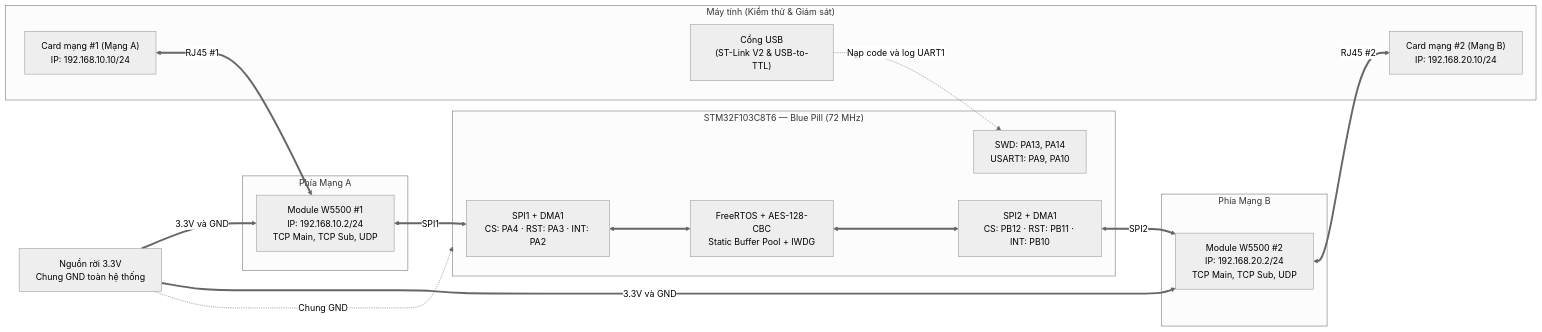
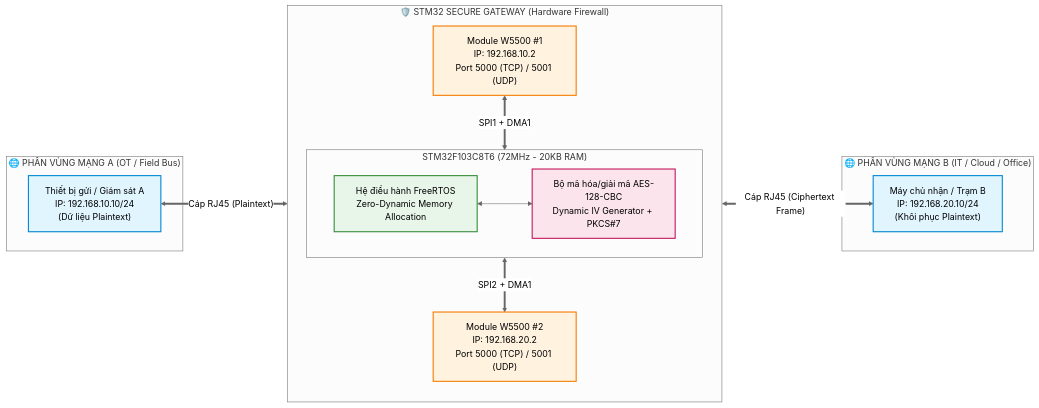
Before and after one commit to imryux/Secure_Gateway_AES128_STM32: the first of 4 diagrams in README.md, drawn with Mermaid (neutral theme). The commit also changed other lines of this file, not shown here.

Commit message:
docs: redesign README with comprehensive system block diagrams and architecture

````diff
--- a/README.md
+++ b/README.md
@@ -3,37 +52,36 @@
 ```mermaid
-graph LR
-    subgraph PC["Máy tính (Kiểm thử & Giám sát)"]
-        NIC_A["Card mạng #1 (Mạng A)<br/>IP: 192.168.10.10/24"]
-        NIC_B["Card mạng #2 (Mạng B)<br/>IP: 192.168.20.10/24"]
-        USB_DBG["Cổng USB<br/>(ST-Link V2 & USB-to-TTL)"]
+flowchart LR
+    classDef net fill:#e1f5fe,stroke:#0288d1,stroke-width:2px;
+    classDef gw fill:#fff3e0,stroke:#f57c00,stroke-width:2px;
+    classDef mcu fill:#e8f5e9,stroke:#388e3c,stroke-width:2px;
+    classDef sec fill:#fce4ec,stroke:#c2185b,stroke-width:2px;
+
+    subgraph NET_A["🌐 PHÂN VÙNG MẠNG A (OT / Field Bus)"]
+        CLIENT_A["Thiết bị gửi / Giám sát A<br/>IP: 192.168.10.10/24<br/>(Dữ liệu Plaintext)"]
     end
 
-    subgraph HW_NET_A["Phía Mạng A"]
-        W5500_A["Module W5500 #1<br/>IP: 192.168.10.2/24<br/>TCP Main, TCP Sub, UDP"]
+    subgraph GATEWAY["🛡️ STM32 SECURE GATEWAY (Hardware Firewall)"]
+        direction TB
+        W5500_1["Module W5500 #1<br/>IP: 192.168.10.2<br/>Port 5000 (TCP) / 5001 (UDP)"]:::gw
+        
+        subgraph STM32_CORE["STM32F103C8T6 (72MHz - 20KB RAM)"]
+            RTOS["Hệ điều hành FreeRTOS<br/>Zero-Dynamic Memory Allocation"]:::mcu
+            CRYPTO["Bộ mã hóa/giải mã AES-128-CBC<br/>Dynamic IV Generator + PKCS#7"]:::sec
+            RTOS <--> CRYPTO
+        end
+
+        W5500_2["Module W5500 #2<br/>IP: 192.168.20.2<br/>Port 5000 (TCP) / 5001 (UDP)"]:::gw
+
+        W5500_1 <==>|SPI1 + DMA1| STM32_CORE
+        STM32_CORE <==>|SPI2 + DMA1| W5500_2
     end
 
-    subgraph MCU["STM32F103C8T6 — Blue Pill (72 MHz)"]
-        SPI1_BUS["SPI1 + DMA1<br/>CS: PA4 · RST: PA3 · INT: PA2"]
-        CORE["FreeRTOS + AES-128-CBC<br/>Static Buffer Pool + IWDG"]
-        SPI2_BUS["SPI2 + DMA1<br/>CS: PB12 · RST: PB11 · INT: PB10"]
-        SWD_UART["SWD: PA13, PA14<br/>USART1: PA9, PA10"]
+    subgraph NET_B["🌐 PHÂN VÙNG MẠNG B (IT / Cloud / Office)"]
+        CLIENT_B["Máy chủ nhận / Trạm B<br/>IP: 192.168.20.10/24<br/>(Khôi phục Plaintext)"]
     end
 
-    subgraph HW_NET_B["Phía Mạng B"]
-        W5500_B["Module W5500 #2<br/>IP: 192.168.20.2/24<br/>TCP Main, TCP Sub, UDP"]
-    end
+    CLIENT_A <==>|"Cáp RJ45 (Plaintext)"| W5500_1
+    W5500_2 <==>|"Cáp RJ45 (Ciphertext Frame)"| CLIENT_B
 
-    PWR["Nguồn rời 3.3V<br/>Chung GND toàn hệ thống"]
-
-    NIC_A <==>|RJ45 #1| W5500_A
-    W5500_A <==>|SPI1| SPI1_BUS
-    SPI1_BUS <==> CORE
-    CORE <==> SPI2_BUS
-    SPI2_BUS <==>|SPI2| W5500_B
-    W5500_B <==>|RJ45 #2| NIC_B
-
-    USB_DBG -.->|Nạp code và log UART1| SWD_UART
-    PWR ==>|3.3V và GND| W5500_A
-    PWR ==>|3.3V và GND| W5500_B
-    PWR -.->|Chung GND| MCU
+    class CLIENT_A,CLIENT_B net;
 ```
````
